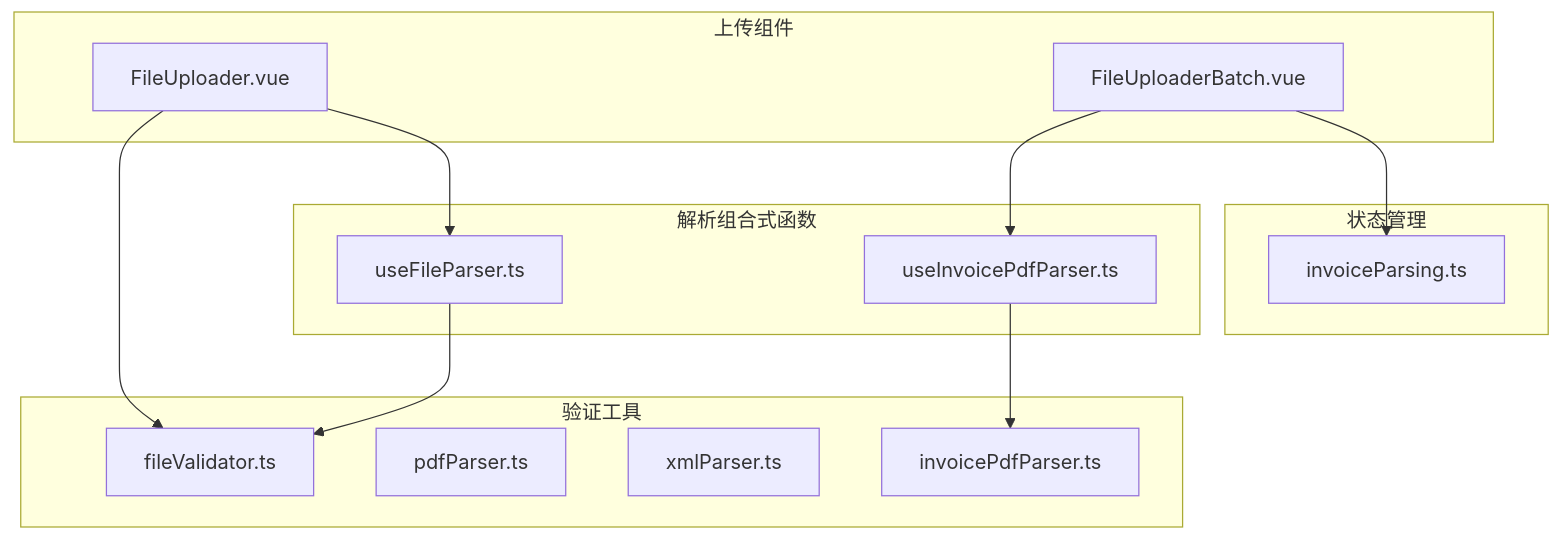
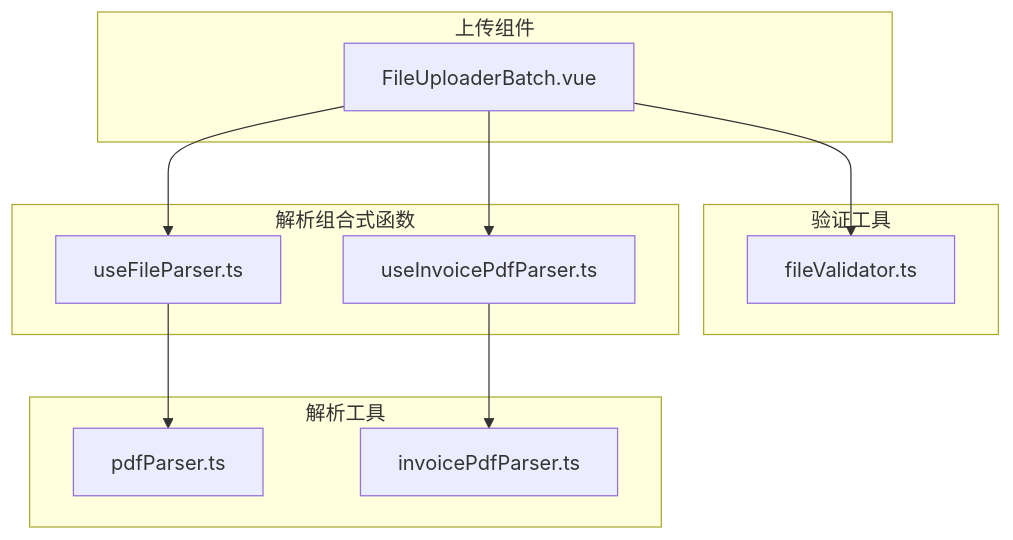
Before and after one commit to dunhuixiao/FinanceTools: the sixth of 7 diagrams in .qoder/repowiki/zh/content/组件架构设计/文件上传组件/文件上传组件.md, drawn with Mermaid. The commit also changed other lines of this file and 4 other files, not shown here.

````diff
--- a/.qoder/repowiki/zh/content/组件架构设计/文件上传组件/文件上传组件.md
+++ b/.qoder/repowiki/zh/content/组件架构设计/文件上传组件/文件上传组件.md
@@ -321,26 +260,22 @@
 ```mermaid
 graph TB
 subgraph "上传组件"
-FileUploader[FileUploader.vue]
 FileUploaderBatch[FileUploaderBatch.vue]
 end
 subgraph "验证工具"
 fileValidator[fileValidator.ts]
-pdfParser[pdfParser.ts]
-xmlParser[xmlParser.ts]
-invoicePdfParser[invoicePdfParser.ts]
 end
 subgraph "解析组合式函数"
 useFileParser[useFileParser.ts]
 useInvoicePdfParser[useInvoicePdfParser.ts]
 end
-subgraph "状态管理"
-invoiceParsing[invoiceParsing.ts]
+subgraph "解析工具"
+pdfParser[pdfParser.ts]
+invoicePdfParser[invoicePdfParser.ts]
 end
-FileUploader --> fileValidator
-FileUploader --> useFileParser
+FileUploaderBatch --> fileValidator
 FileUploaderBatch --> useInvoicePdfParser
-useFileParser --> fileValidator
+FileUploaderBatch --> useFileParser
+useFileParser --> pdfParser
 useInvoicePdfParser --> invoicePdfParser
-FileUploaderBatch --> invoiceParsing
 ```
````
